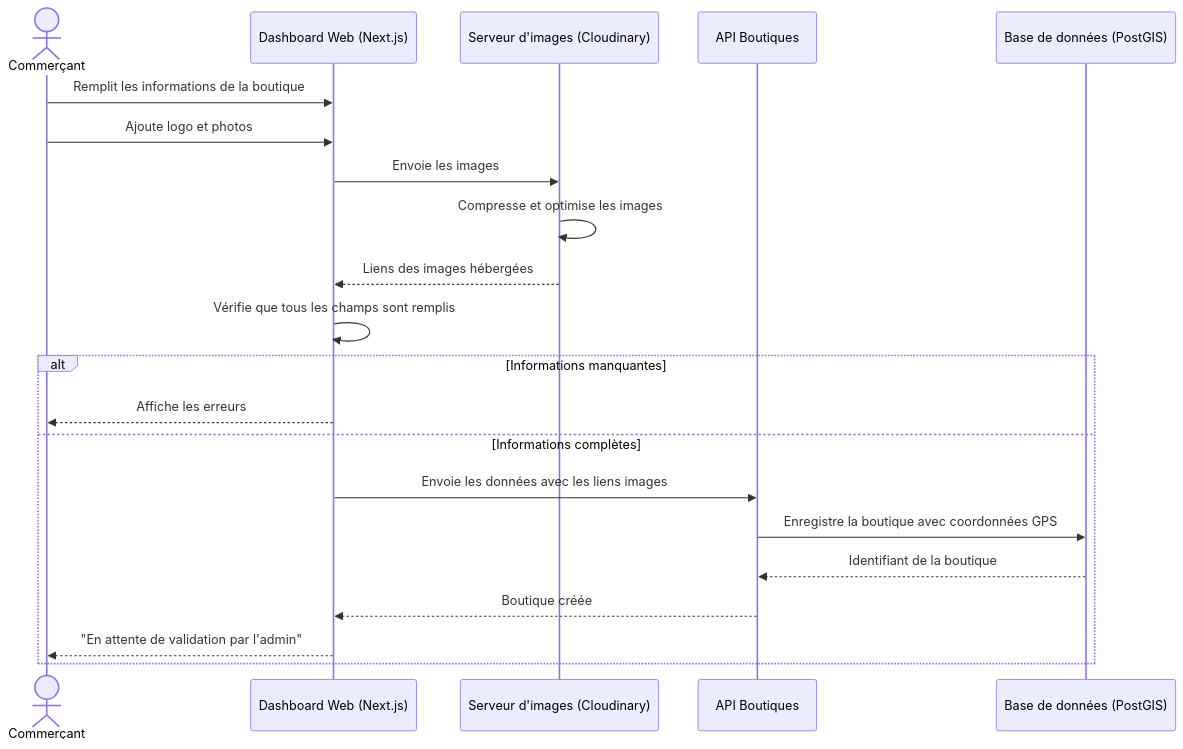
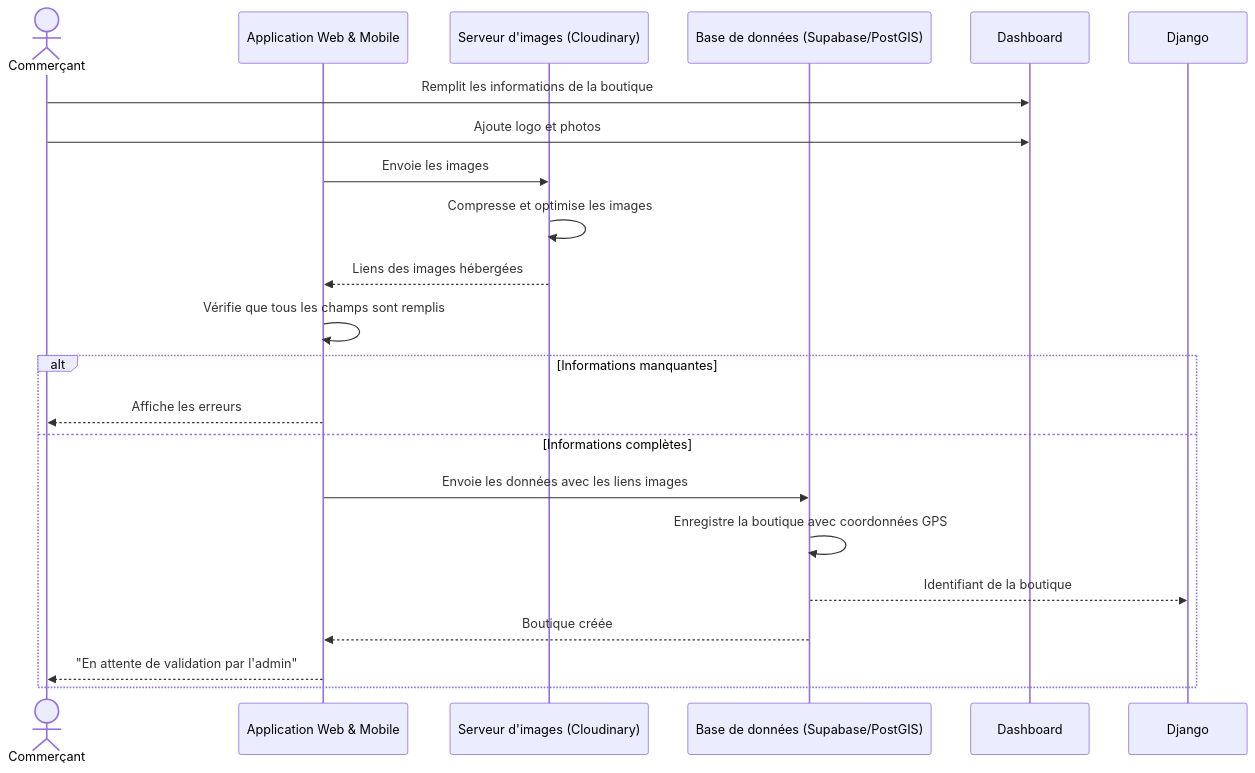
Before and after one commit to Abderrahmen1111/private-PFE-repos: the sixth of 22 diagrams in CHAPITRE3_CONCEPTION.md, drawn with Mermaid. The commit also changed other lines of this file and 2 other files, not shown here.

Commit message:
docs: adapt sequence diagrams to Web/Mobile apps and Django SaaS Admin

````diff
--- a/CHAPITRE3_CONCEPTION.md
+++ b/CHAPITRE3_CONCEPTION.md
@@ -479,24 +479,23 @@
 ```mermaid
 sequenceDiagram
     actor Commerçant
-    participant Dashboard as Dashboard Web (Next.js)
+    participant App as Application Web & Mobile
     participant Cloudinary as Serveur d'images (Cloudinary)
-    participant Serveur as API Boutiques
-    participant BD as Base de données (PostGIS)
+    participant BD as Base de données (Supabase/PostGIS)
 
     Commerçant->>Dashboard: Remplit les informations de la boutique
     Commerçant->>Dashboard: Ajoute logo et photos
-    Dashboard->>Cloudinary: Envoie les images
+    App->>Cloudinary: Envoie les images
     Cloudinary->>Cloudinary: Compresse et optimise les images
-    Cloudinary-->>Dashboard: Liens des images hébergées
-    Dashboard->>Dashboard: Vérifie que tous les champs sont remplis
+    Cloudinary-->>App: Liens des images hébergées
+    App->>App: Vérifie que tous les champs sont remplis
     alt Informations manquantes
-        Dashboard-->>Commerçant: Affiche les erreurs
+        App-->>Commerçant: Affiche les erreurs
     else Informations complètes
-        Dashboard->>Serveur: Envoie les données avec les liens images
-        Serveur->>BD: Enregistre la boutique avec coordonnées GPS
-        BD-->>Serveur: Identifiant de la boutique
-        Serveur-->>Dashboard: Boutique créée
-        Dashboard-->>Commerçant: "En attente de validation par l'admin"
+        App->>BD: Envoie les données avec les liens images
+        BD->>BD: Enregistre la boutique avec coordonnées GPS
+        BD-->>Django: Identifiant de la boutique
+        BD-->>App: Boutique créée
+        App-->>Commerçant: "En attente de validation par l'admin"
     end
 ```
````
